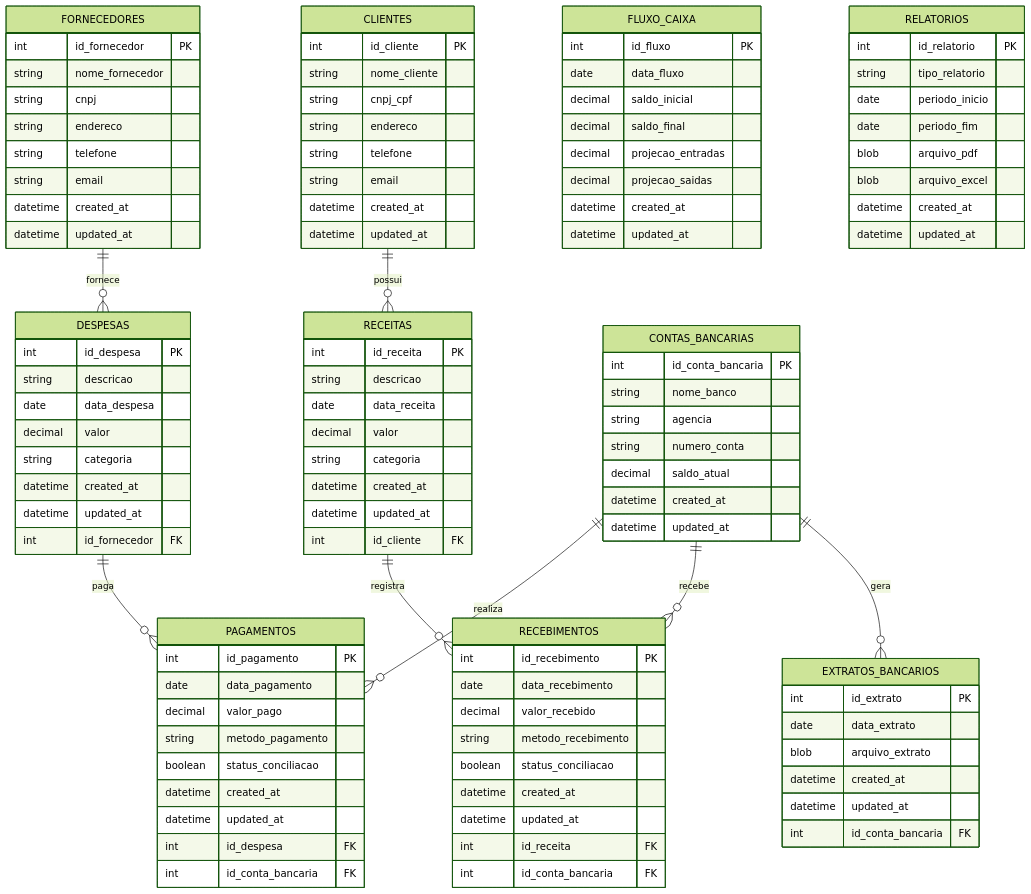
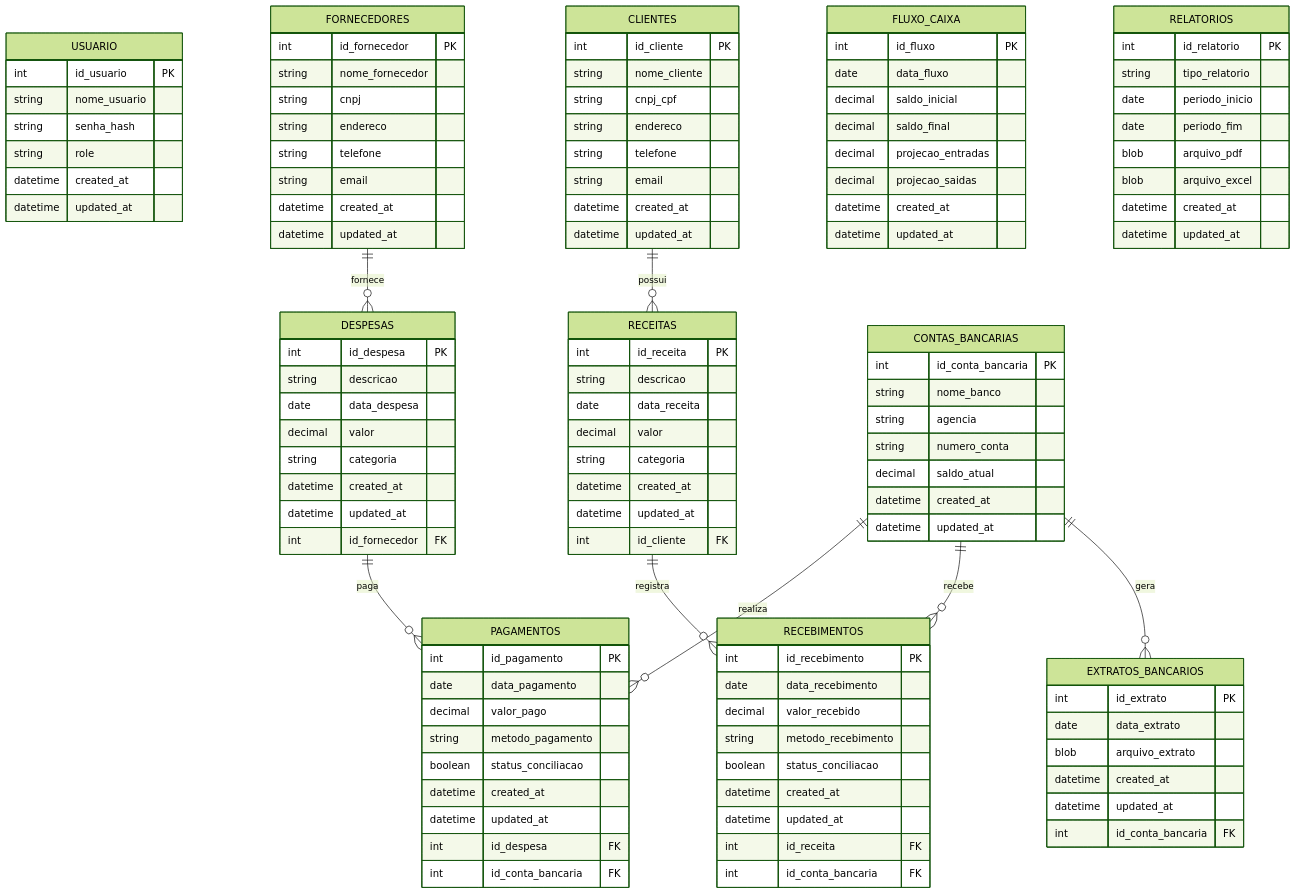
Before and after one commit to Gabriela-Amaro/Sistema-Mugiwara: the second of 2 diagrams in README.md, drawn with Mermaid (forest theme).

Commit message:
Update README.md
adição da tabela de usuario

````diff
--- a/README.md
+++ b/README.md
@@ -278,5 +278,14 @@
 ```mermaid
 erDiagram
+    USUARIO {
+        int id_usuario PK
+        string nome_usuario
+        string senha_hash
+        string role
+        datetime created_at
+        datetime updated_at
+    }
+
     FORNECEDORES {
         int id_fornecedor PK
         string nome_fornecedor
````
